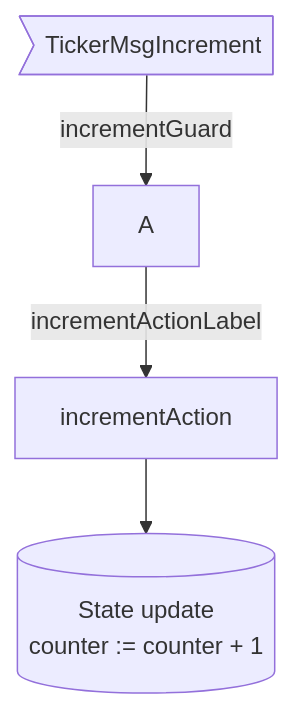
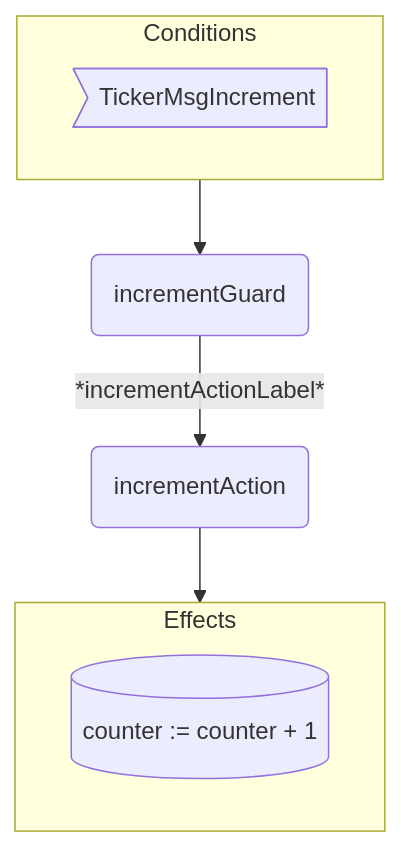
Before and after one commit to anoma/nspec: the first of 2 diagrams in docs/arch/node/engines/ticker_behaviour.juvix.md, drawn with Mermaid. The commit also changed other lines of this file and 9 other files, not shown here.

First line of the commit message:
Template fixes: diagrams, nav (#262)

````diff
--- a/docs/arch/node/engines/ticker_behaviour.juvix.md
+++ b/docs/arch/node/engines/ticker_behaviour.juvix.md
@@ -386,7 +386,15 @@
 ```mermaid
 flowchart TD
-  CM>TickerMsgIncrement]
-  ES[(State update<br>counter := counter + 1)]
+  subgraph C[Conditions]
+    CMsg>TickerMsgIncrement]
+  end
 
-  CM --incrementGuard--> A --incrementActionLabel--> incrementAction --> ES
+  G(incrementGuard)
+  A(incrementAction)
+
+  C --> G -- *incrementActionLabel* --> A --> E
+
+  subgraph E[Effects]
+    EEnv[(counter := counter + 1)]
+  end
 ```
````
